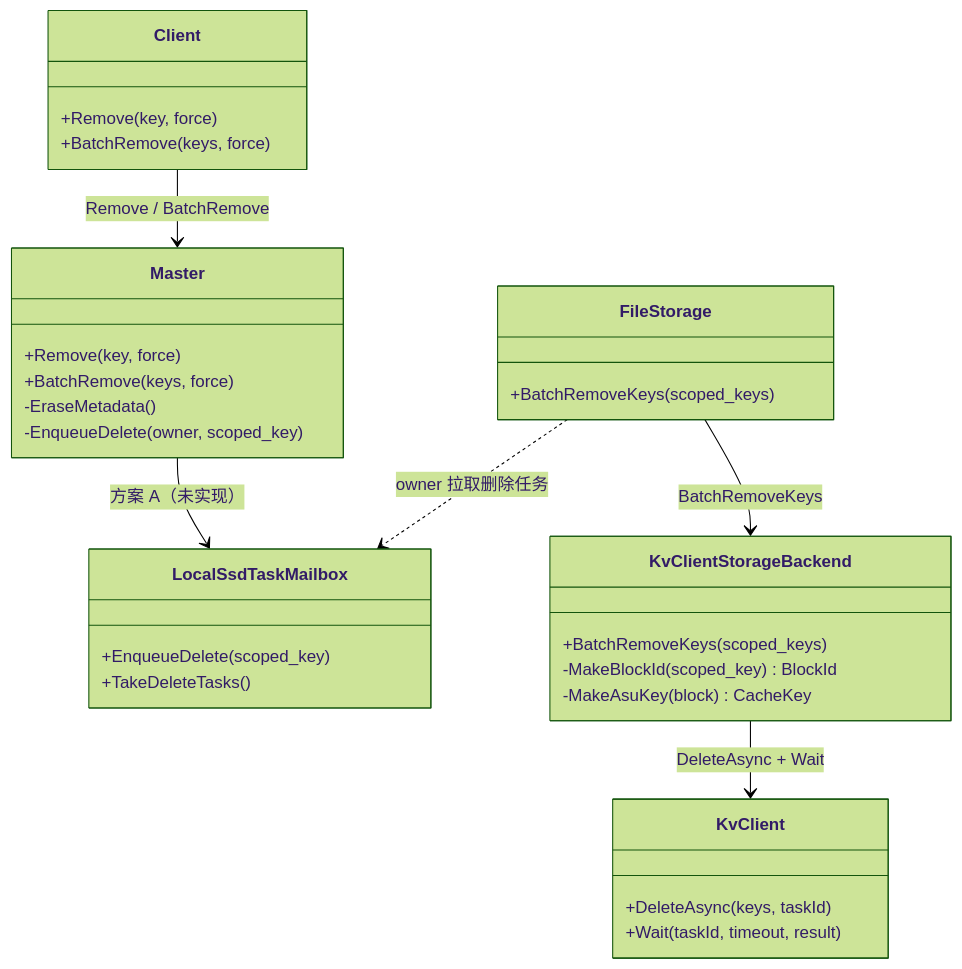
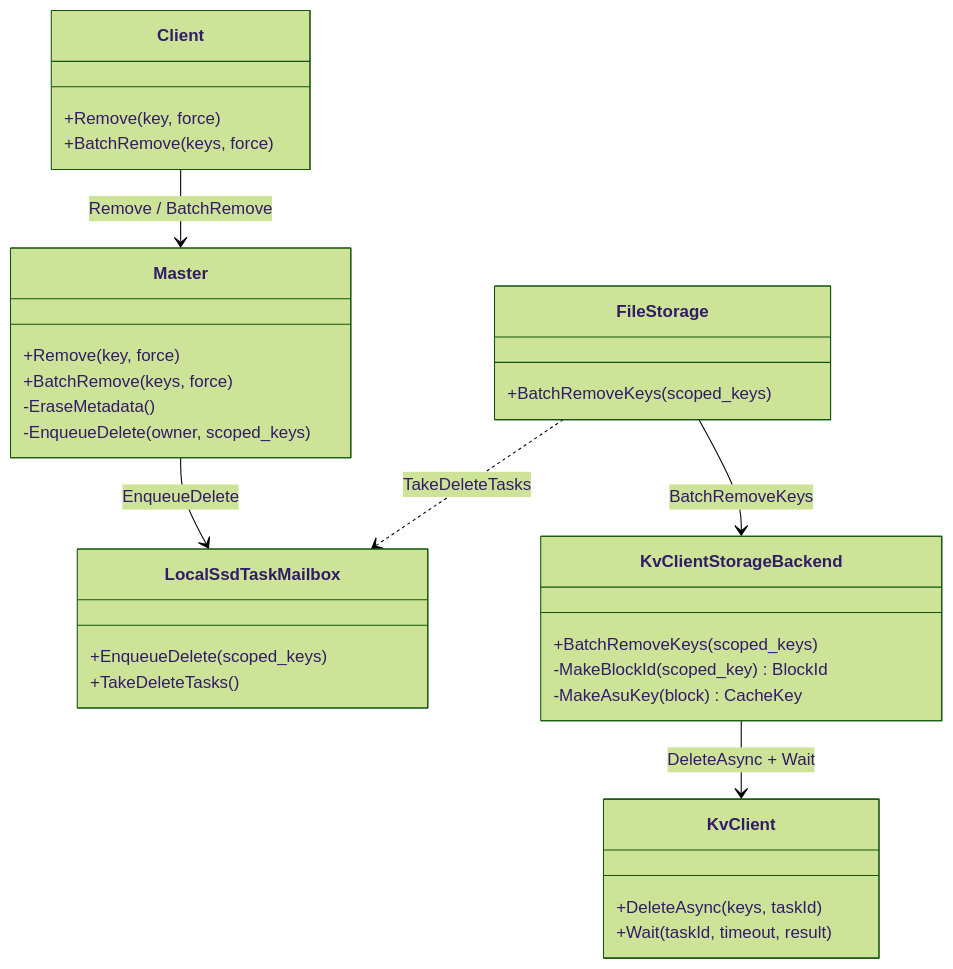
Before and after one commit to zwj20000328-dotcom/Mooncake-documents: the ninth of 10 diagrams in kv-client-storage-backend-review.md, drawn with Mermaid (forest theme). The commit also changed other lines of this file, not shown here.

Commit message:
modified:   kv-client-storage-backend-review.md

````diff
--- a/kv-client-storage-backend-review.md
+++ b/kv-client-storage-backend-review.md
@@ -525,34 +526,34 @@
 ```mermaid
 classDiagram
     class Client {
         +Remove(key, force)
         +BatchRemove(keys, force)
     }
     class Master {
         +Remove(key, force)
         +BatchRemove(keys, force)
         -EraseMetadata()
-        -EnqueueDelete(owner, scoped_key)
+        -EnqueueDelete(owner, scoped_keys)
     }
     class LocalSsdTaskMailbox {
-        +EnqueueDelete(scoped_key)
+        +EnqueueDelete(scoped_keys)
         +TakeDeleteTasks()
     }
     class FileStorage {
         +BatchRemoveKeys(scoped_keys)
     }
     class KvClientStorageBackend {
         +BatchRemoveKeys(scoped_keys)
         -MakeBlockId(scoped_key) BlockId
         -MakeAsuKey(block) CacheKey
     }
     class KvClient {
         +DeleteAsync(keys, taskId)
         +Wait(taskId, timeout, result)
     }
     Client --> Master : Remove / BatchRemove
-    Master --> LocalSsdTaskMailbox : 方案 A（未实现）
-    FileStorage ..> LocalSsdTaskMailbox : owner 拉取删除任务
+    Master --> LocalSsdTaskMailbox : EnqueueDelete
+    FileStorage ..> LocalSsdTaskMailbox : TakeDeleteTasks
     FileStorage --> KvClientStorageBackend : BatchRemoveKeys
     KvClientStorageBackend --> KvClient : DeleteAsync + Wait
 ```
````
